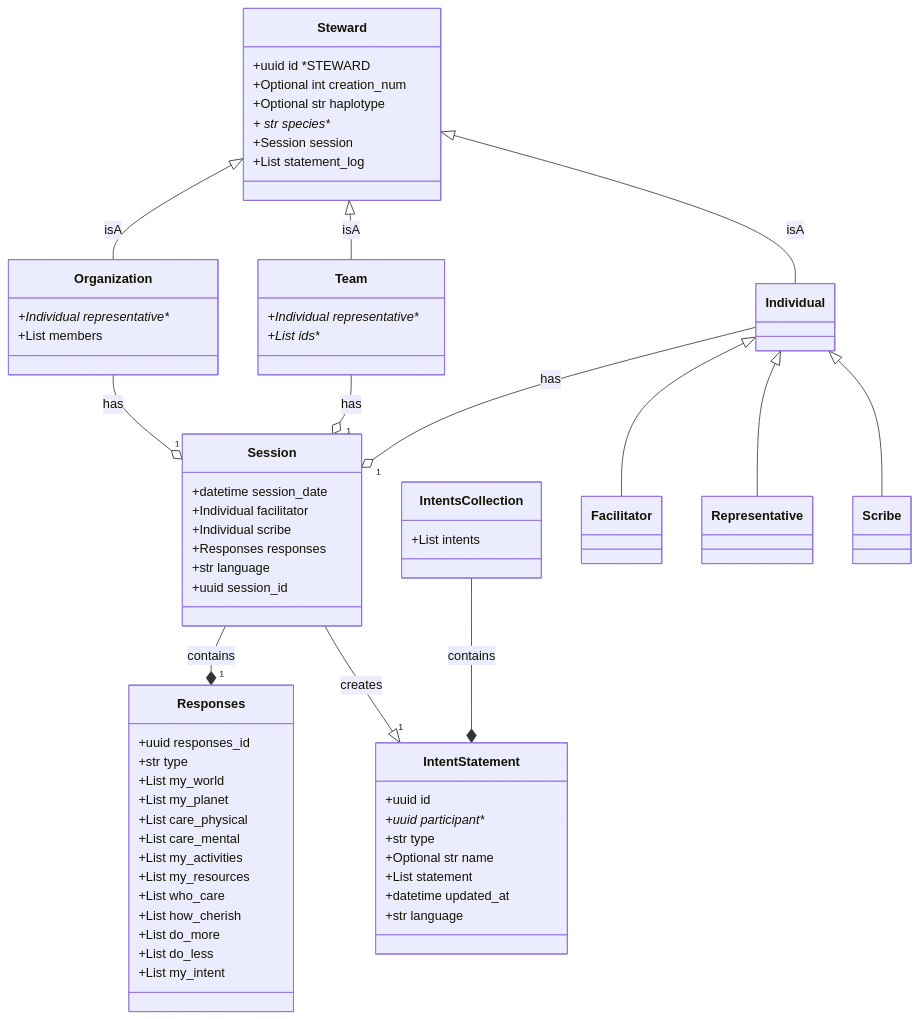
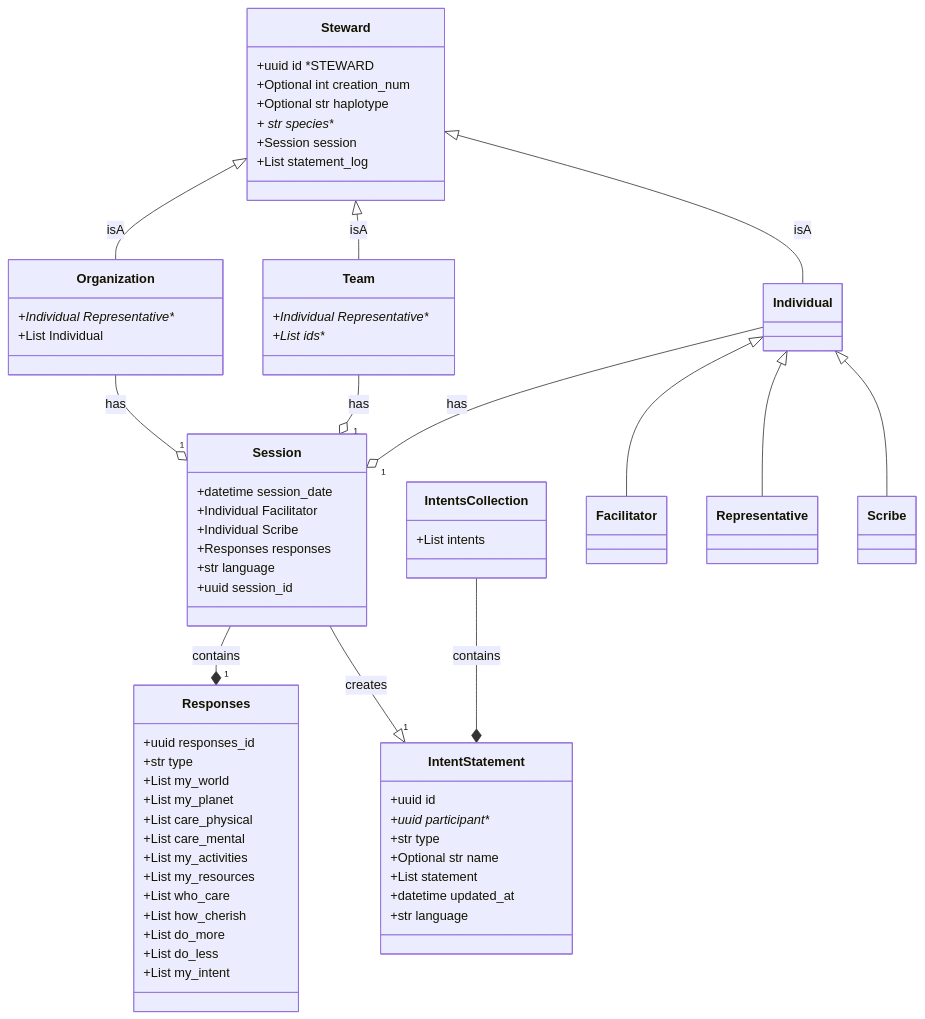
One commit to drew-wks/intent-for-the-planet changed the diagram in docs/data_models_diagram.md. Above: the diagram before and after it, drawn with Mermaid.

````diff
--- a/docs/data_models_diagram.md
+++ b/docs/data_models_diagram.md
@@ -5,69 +5,69 @@
 ```mermaid
 classDiagram
     class Steward {
         +uuid id *STEWARD
         +Optional int creation_num
         +Optional str haplotype
         + str species**
         +Session session
         +List statement_log
     }
     class Individual {
     }
     class Team {
-        +Individual representative**
+        +Individual Representative**
         +List ids**
     }
     class Organization {
-        +Individual representative**
-        +List members
+        +Individual Representative**
+        +List Individual
     }
     class Session {
         +datetime session_date
-        +Individual facilitator
-        +Individual scribe
+        +Individual Facilitator
+        +Individual Scribe
         +Responses responses
         +str language
         +uuid session_id
     }
     class Responses {
         +uuid responses_id
         +str type
         +List my_world
         +List my_planet
         +List care_physical
         +List care_mental
         +List my_activities
         +List my_resources
         +List who_care
         +List how_cherish
         +List do_more
         +List do_less
         +List my_intent
     }
     class IntentStatement {
         +uuid id
         +uuid participant**
         +str type
         +Optional str name
         +List statement
         +datetime updated_at
         +str language
     }
     class IntentsCollection {
         +List intents
     }
     IntentsCollection --* IntentStatement : contains
     Session --* "1" Responses : contains
     Steward <|-- Individual : isA
     Steward <|-- Team : isA
     Steward <|-- Organization : isA
     Session--|> "1" IntentStatement : creates
     Individual --o "1" Session : has
     Individual <|-- Facilitator
     Individual <|-- Representative
     Individual <|-- Scribe
     Team --o "1" Session : has
     Organization --o "1" Session : has
 
 ```
````
